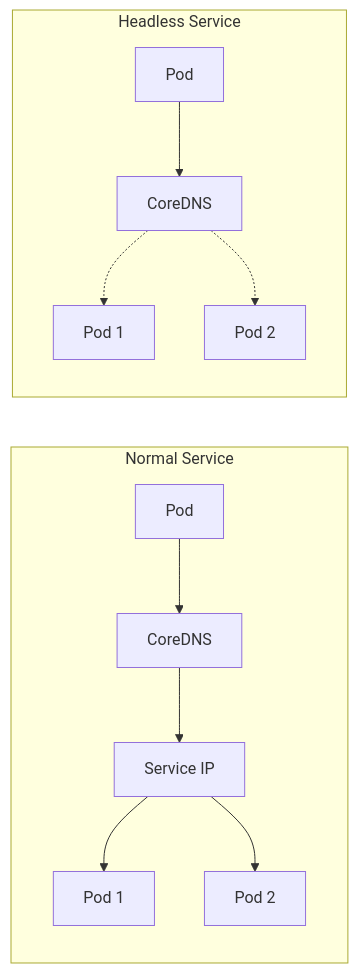
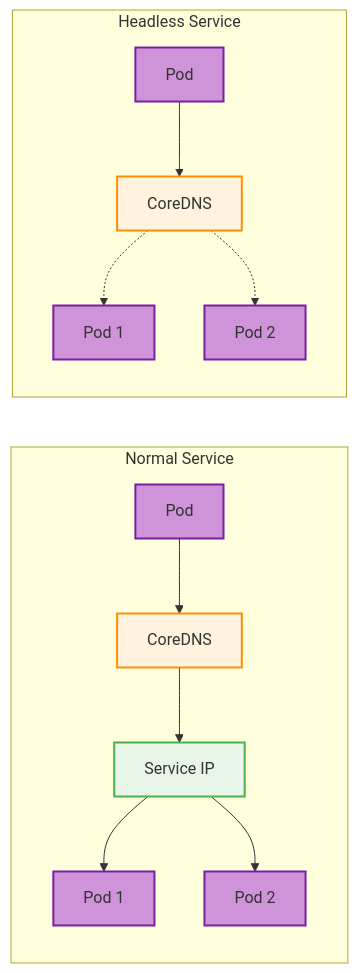
Before and after one commit to razkevich/system_design_course: the fourth of 5 diagrams in module_2_core_fundamentals/2.5_network_and_communication/kubernetes_networking.md, drawn with Mermaid. The commit also changed other lines of this file and 2 other files, not shown here.

````diff
--- a/module_2_core_fundamentals/2.5_network_and_communication/kubernetes_networking.md
+++ b/module_2_core_fundamentals/2.5_network_and_communication/kubernetes_networking.md
@@ -195,26 +263,35 @@
 ```mermaid
 flowchart LR
-    P[Pod] --> D[CoreDNS]
-    D --> S[Service IP]
-    S --> Pod1[Pod 1]
-    S --> Pod2[Pod 2]
+    P["Pod"] --> D["CoreDNS"]
+    D --> S["Service IP"]
+    S --> Pod1["Pod 1"]
+    S --> Pod2["Pod 2"]
     
-    P2[Pod] --> D2[CoreDNS]
-    D2 -.-> Pod3[Pod 1]
-    D2 -.-> Pod4[Pod 2]
+    P2["Pod"] --> D2["CoreDNS"]
+    D2 -.-> Pod3["Pod 1"]
+    D2 -.-> Pod4["Pod 2"]
     
     subgraph "Normal Service"
         P
         D
         S
         Pod1
         Pod2
     end
     
     subgraph "Headless Service"
         P2
         D2
         Pod3
         Pod4
     end
+    
+    %% Styling
+    classDef podStyle fill:#ce93d8,stroke:#7b1fa2,stroke-width:2px
+    classDef dnsStyle fill:#fff3e0,stroke:#ff8f00,stroke-width:2px
+    classDef serviceStyle fill:#e8f5e8,stroke:#4caf50,stroke-width:2px
+    
+    class P,P2,Pod1,Pod2,Pod3,Pod4 podStyle
+    class D,D2 dnsStyle
+    class S serviceStyle
 ```
````
